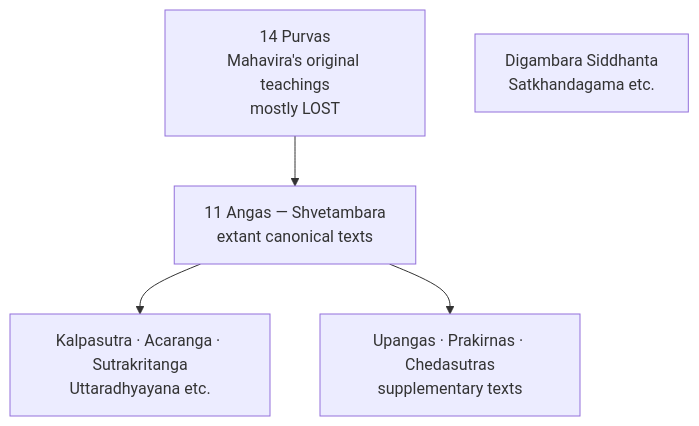
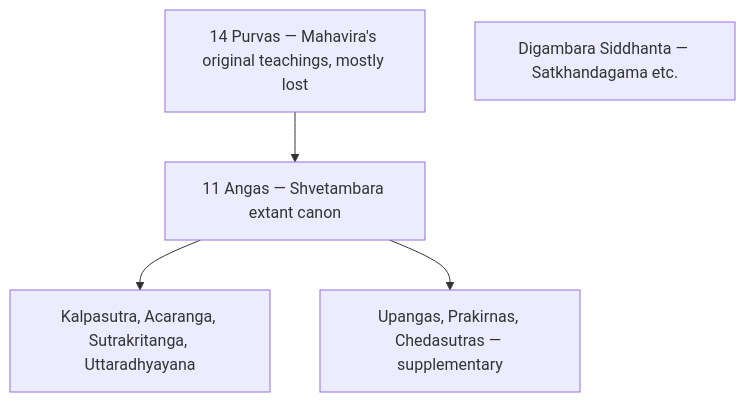
The first of 2 diagrams in mains-pyqs/GS-1/01_Art_Culture/14_Jain_Literature.md (nitishpratap/UP-PCS), drawn with Mermaid before and after one commit. The commit also changed other lines of this file and 97 other files, not shown here.

````diff
--- a/mains-pyqs/GS-1/01_Art_Culture/14_Jain_Literature.md
+++ b/mains-pyqs/GS-1/01_Art_Culture/14_Jain_Literature.md
@@ -65,8 +72,8 @@
 ```mermaid
 flowchart TB
-  P[14 Purvas<br/>Mahavira's original teachings<br/>mostly LOST]
-  P --> A[11 Angas — Shvetambara<br/>extant canonical texts]
-  A --> K[Kalpasutra · Acaranga · Sutrakritanga<br/>Uttaradhyayana etc.]
-  A --> U[Upangas · Prakirnas · Chedasutras<br/>supplementary texts]
-  D[Digambara Siddhanta<br/>Satkhandagama etc.] 
+  P[14 Purvas — Mahavira's original teachings, mostly lost]
+  P --> A[11 Angas — Shvetambara extant canon]
+  A --> K[Kalpasutra, Acaranga, Sutrakritanga, Uttaradhyayana]
+  A --> U[Upangas, Prakirnas, Chedasutras — supplementary]
+  D[Digambara Siddhanta — Satkhandagama etc.]
 ```
````
